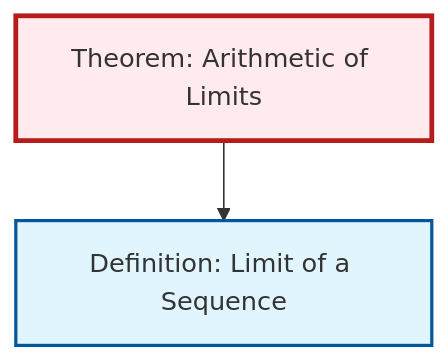
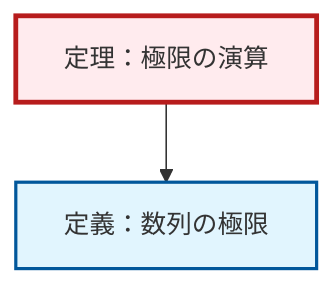
The diagram in content/ja/analysis/thm-limit-arithmetic.qmd (RK0429/ModernMath), drawn with Mermaid before and after one commit. The commit also changed 1069 other files, not shown here.

````diff
--- a/content/ja/analysis/thm-limit-arithmetic.qmd
+++ b/content/ja/analysis/thm-limit-arithmetic.qmd
@@ -58,14 +58,14 @@
 ```{mermaid}
 %%| fig-cap: "Local dependency graph"
 graph TD
     classDef definition fill:#e1f5fe,stroke:#01579b,stroke-width:2px
     classDef theorem fill:#f3e5f5,stroke:#4a148c,stroke-width:2px
     classDef axiom fill:#fff3e0,stroke:#e65100,stroke-width:2px
     classDef example fill:#e8f5e9,stroke:#1b5e20,stroke-width:2px
     classDef current fill:#ffebee,stroke:#b71c1c,stroke-width:3px
-    def-limit["Definition: Limit of a Sequence"]:::definition
-    thm-limit-arithmetic["Theorem: Arithmetic of Limits"]:::theorem
+    def-limit["定義：数列の極限"]:::definition
+    thm-limit-arithmetic["定理：極限の演算"]:::theorem
     thm-limit-arithmetic --> def-limit
     class thm-limit-arithmetic current
-    click def-limit "def-limit.html" "Definition: Limit of a Sequenceへ"
+    click def-limit "def-limit.html" "定義：数列の極限へ"
 ```
````
